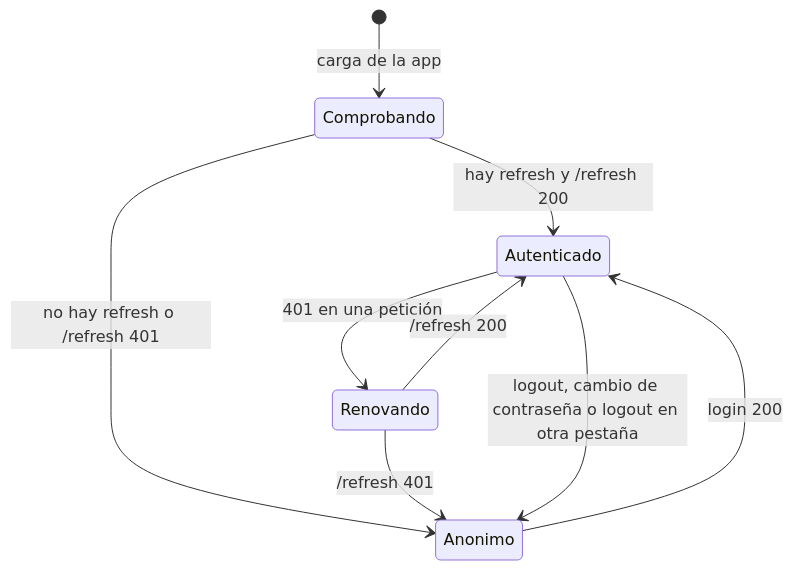
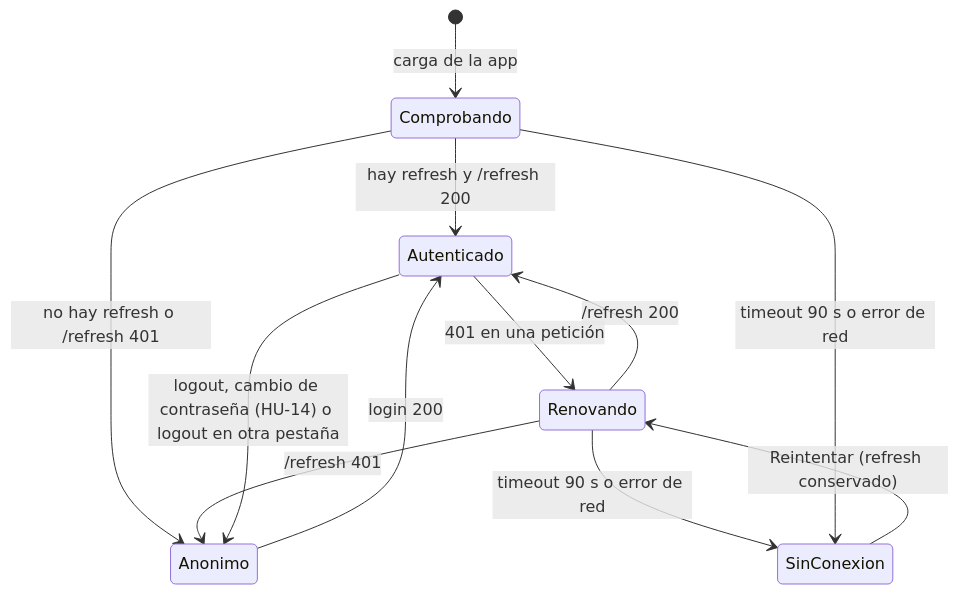
The third of 3 diagrams in docs/analysis/diagrams/auth-session.md (mariobejerano/cuartico), drawn with Mermaid before and after one commit. The commit also changed other lines of this file and 6 other files, not shown here.

````diff
--- a/docs/analysis/diagrams/auth-session.md
+++ b/docs/analysis/diagrams/auth-session.md
@@ -33,11 +52,14 @@
 ```mermaid
 stateDiagram-v2
     [*] --> Comprobando: carga de la app
     Comprobando --> Autenticado: hay refresh y /refresh 200
     Comprobando --> Anonimo: no hay refresh o /refresh 401
     Anonimo --> Autenticado: login 200
     Autenticado --> Renovando: 401 en una petición
     Renovando --> Autenticado: /refresh 200
     Renovando --> Anonimo: /refresh 401
-    Autenticado --> Anonimo: logout, cambio de contraseña o logout en otra pestaña
+    Renovando --> SinConexion: timeout 90 s o error de red
+    Comprobando --> SinConexion: timeout 90 s o error de red
+    SinConexion --> Renovando: Reintentar (refresh conservado)
+    Autenticado --> Anonimo: logout, cambio de contraseña (HU-14) o logout en otra pestaña
 ```
````
